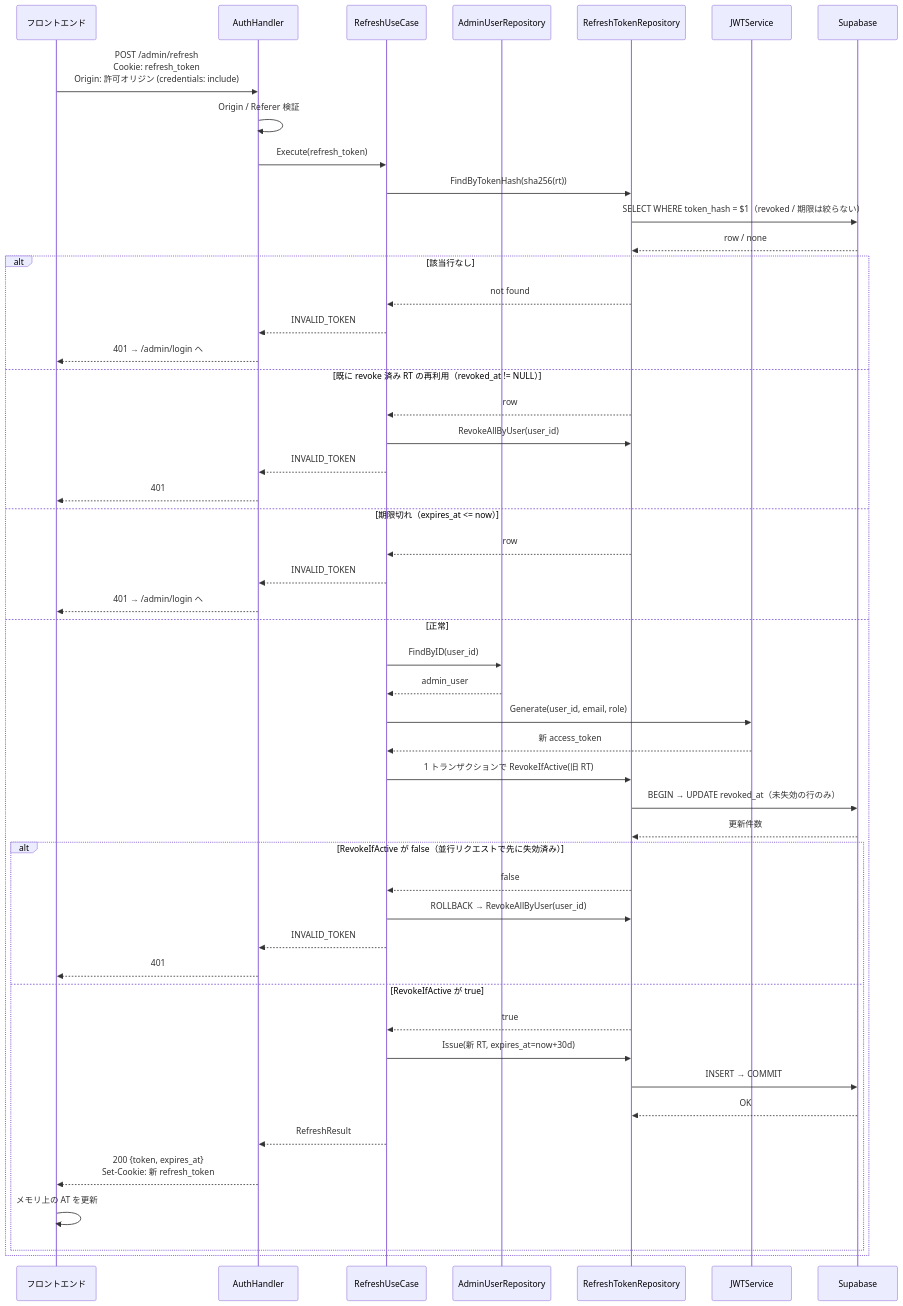
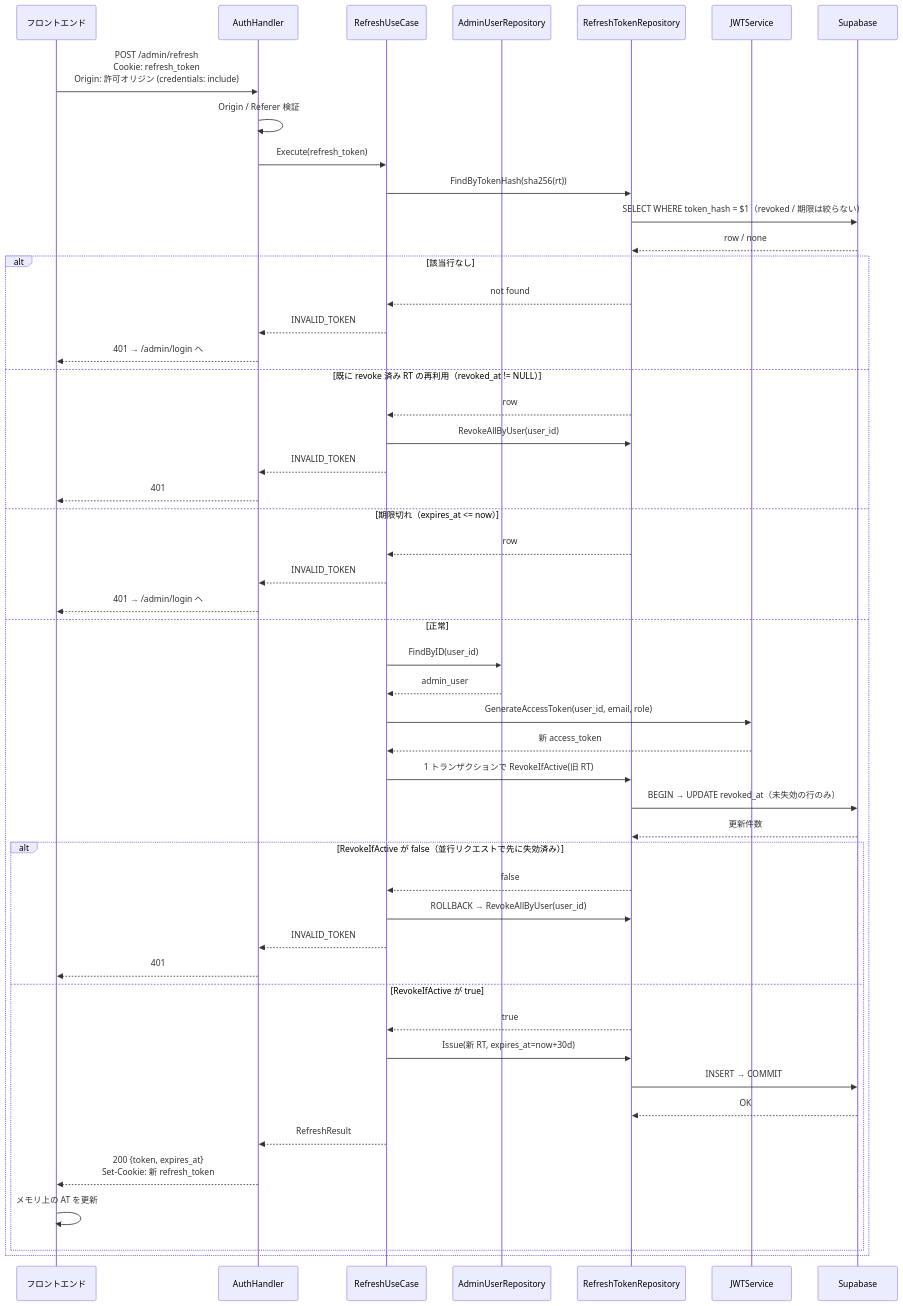
Before and after one commit to cergijame101007/satehits: the fifth of 15 diagrams in docs/sequence.md, drawn with Mermaid. The commit also changed other lines of this file, not shown here.

Commit message:
docs: シーケンス図の残りのメソッド名を実装に揃える

````diff
--- a/docs/sequence.md
+++ b/docs/sequence.md
@@ -208,56 +208,56 @@
 ```mermaid
 sequenceDiagram
     participant Frontend as フロントエンド
     participant Handler as AuthHandler
     participant UseCase as RefreshUseCase
     participant AdminRepo as AdminUserRepository
     participant RefreshRepo as RefreshTokenRepository
     participant JWT as JWTService
     participant DB as Supabase
 
     Frontend->>Handler: POST /admin/refresh<br/>Cookie: refresh_token<br/>Origin: 許可オリジン (credentials: include)
     
     Handler->>Handler: Origin / Referer 検証
     Handler->>UseCase: Execute(refresh_token)
     
     UseCase->>RefreshRepo: FindByTokenHash(sha256(rt))
     RefreshRepo->>DB: SELECT WHERE token_hash = $1（revoked / 期限は絞らない）
     DB-->>RefreshRepo: row / none
     
     alt 該当行なし
         RefreshRepo-->>UseCase: not found
         UseCase-->>Handler: INVALID_TOKEN
         Handler-->>Frontend: 401 → /admin/login へ
     else 既に revoke 済み RT の再利用（revoked_at != NULL）
         RefreshRepo-->>UseCase: row
         UseCase->>RefreshRepo: RevokeAllByUser(user_id)
         UseCase-->>Handler: INVALID_TOKEN
         Handler-->>Frontend: 401
     else 期限切れ（expires_at <= now）
         RefreshRepo-->>UseCase: row
         UseCase-->>Handler: INVALID_TOKEN
         Handler-->>Frontend: 401 → /admin/login へ
     else 正常
         UseCase->>AdminRepo: FindByID(user_id)
         AdminRepo-->>UseCase: admin_user
-        UseCase->>JWT: Generate(user_id, email, role)
+        UseCase->>JWT: GenerateAccessToken(user_id, email, role)
         JWT-->>UseCase: 新 access_token
         UseCase->>RefreshRepo: 1 トランザクションで RevokeIfActive(旧 RT)
         RefreshRepo->>DB: BEGIN → UPDATE revoked_at（未失効の行のみ）
         DB-->>RefreshRepo: 更新件数
         alt RevokeIfActive が false（並行リクエストで先に失効済み）
             RefreshRepo-->>UseCase: false
             UseCase->>RefreshRepo: ROLLBACK → RevokeAllByUser(user_id)
             UseCase-->>Handler: INVALID_TOKEN
             Handler-->>Frontend: 401
         else RevokeIfActive が true
             RefreshRepo-->>UseCase: true
             UseCase->>RefreshRepo: Issue(新 RT, expires_at=now+30d)
             RefreshRepo->>DB: INSERT → COMMIT
             DB-->>RefreshRepo: OK
             UseCase-->>Handler: RefreshResult
             Handler-->>Frontend: 200 {token, expires_at}<br/>Set-Cookie: 新 refresh_token
             Frontend->>Frontend: メモリ上の AT を更新
         end
     end
 ```
````
